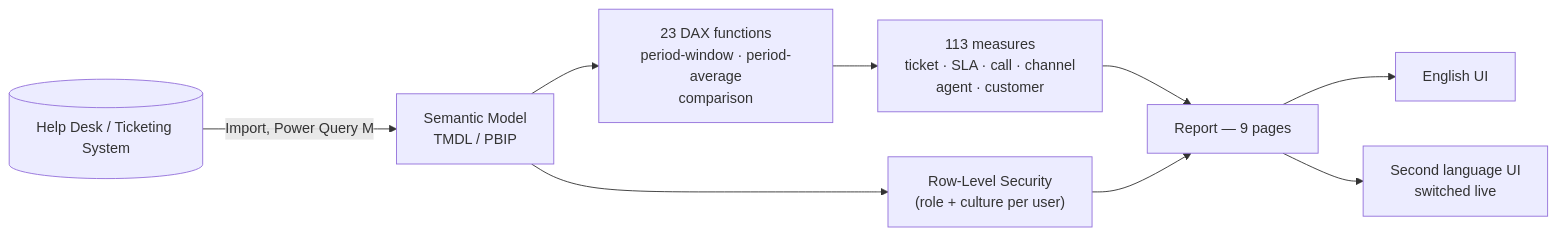
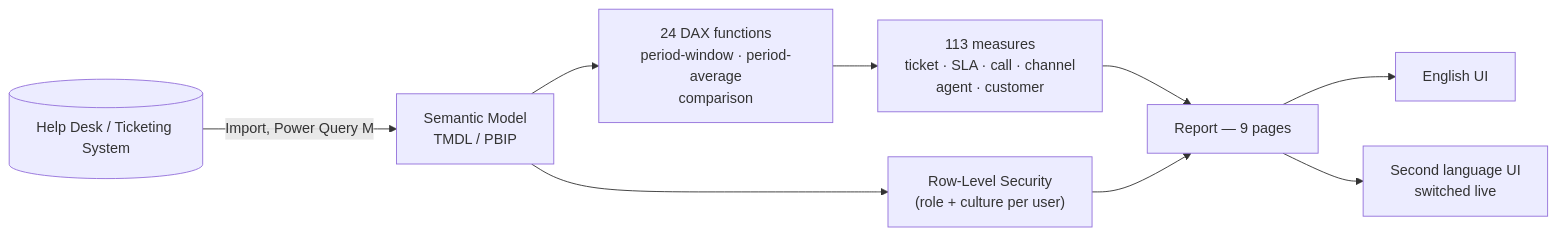
Before and after one commit to fuadgashi/CustomerSupport-Analytics: the diagram in README.md, drawn with Mermaid. The commit also changed other lines of this file and 1 other file, not shown here.

Commit message:
Correct DAX function count: 24, matching the documented library

````diff
--- a/README.md
+++ b/README.md
@@ -37,11 +37,11 @@
 ```mermaid
 flowchart LR
     Src[("Help Desk / Ticketing System")] -->|Import, Power Query M| SM[Semantic Model\nTMDL / PBIP]
-    SM --> FN["23 DAX functions\nperiod-window · period-average\ncomparison"]
+    SM --> FN["24 DAX functions\nperiod-window · period-average\ncomparison"]
     FN --> DAX["113 measures\nticket · SLA · call · channel\nagent · customer"]
     SM --> RLS["Row-Level Security\n(role + culture per user)"]
     DAX --> RPT[Report — 9 pages]
     RLS --> RPT
     RPT --> EN[English UI]
     RPT --> Alt[Second language UI\nswitched live]
 ```
````
